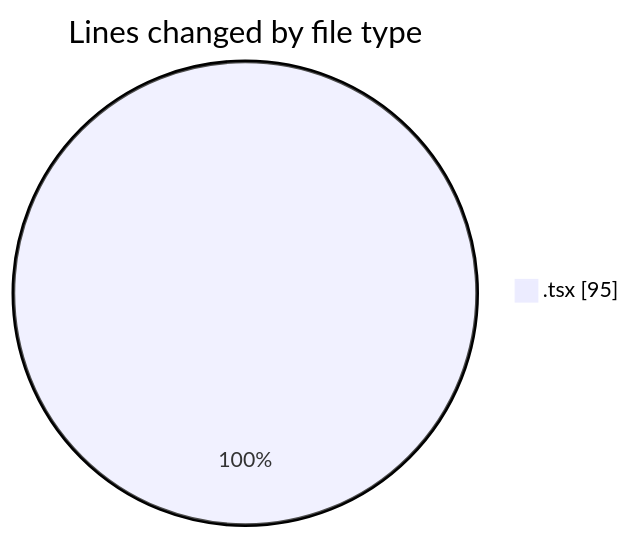
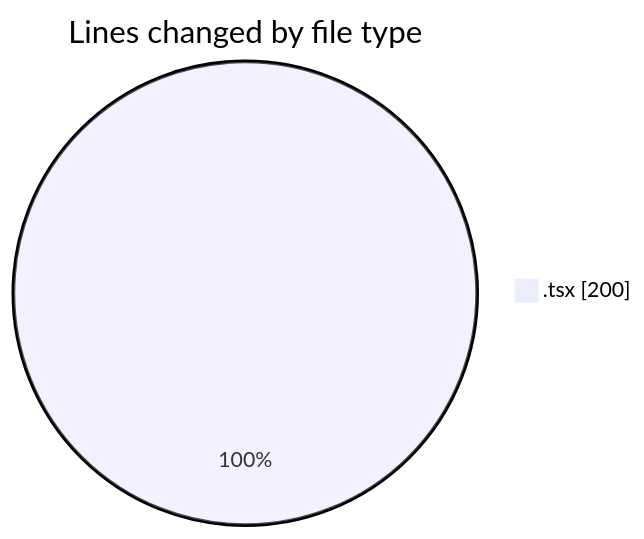
One commit to EIIisD/code-tracking changed the first of 2 diagrams in 2025-08-02/tw-server/README.md. Above: the diagram before and after it, drawn with Mermaid. The commit also changed other lines of this file and 1 other file, not shown here.

````diff
--- a/2025-08-02/tw-server/README.md
+++ b/2025-08-02/tw-server/README.md
@@ -20,5 +20,5 @@
 ```mermaid
 pie showData
 title Lines changed by file type
-".tsx" : 95
+".tsx" : 200
 ```
````
